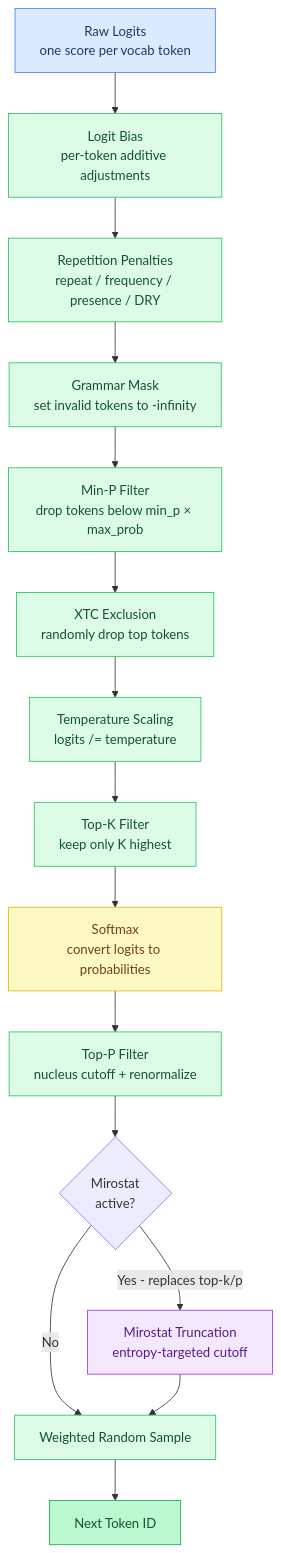
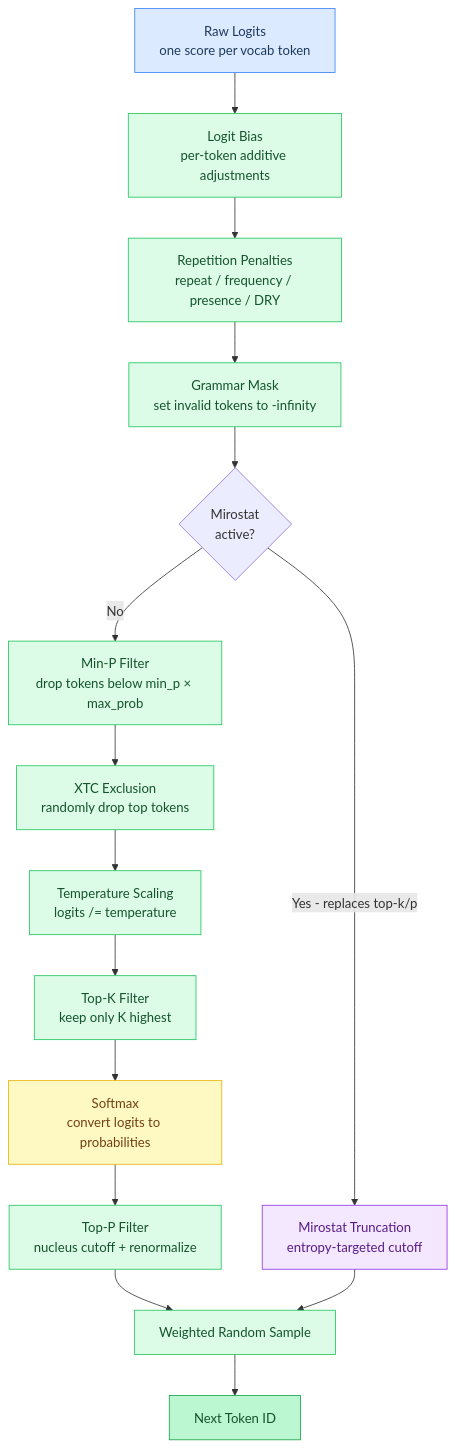
One commit to maci0/agave changed the seventh of 7 diagrams in docs/tutorial/07-sampling.md. Above: the diagram before and after it, drawn with Mermaid. The commit also changed other lines of this file and 28 other files, not shown here.

````diff
--- a/docs/tutorial/07-sampling.md
+++ b/docs/tutorial/07-sampling.md
@@ -398,38 +398,38 @@
 ```mermaid
 flowchart TD
     classDef setup     fill:#dbeafe,stroke:#3b82f6,color:#1e3a5f
     classDef sync      fill:#dcfce7,stroke:#22c55e,color:#14532d
     classDef migration fill:#fef9c3,stroke:#eab308,color:#713f12
     classDef success   fill:#bbf7d0,stroke:#16a34a,color:#14532d
     classDef danger    fill:#fee2e2,stroke:#ef4444,color:#7f1d1d
     classDef optional  fill:#f3e8ff,stroke:#9333ea,color:#581c87
 
     Logits["Raw Logits\none score per vocab token"]:::setup
     Bias["Logit Bias\nper-token additive adjustments"]:::sync
     Penalties["Repetition Penalties\nrepeat / frequency / presence / DRY"]:::sync
     Grammar["Grammar Mask\nset invalid tokens to -infinity"]:::sync
     Temp["Temperature Scaling\nlogits /= temperature"]:::sync
     XTC["XTC Exclusion\nrandomly drop top tokens"]:::sync
     MinP["Min-P Filter\ndrop tokens below min_p × max_prob"]:::sync
     TopK["Top-K Filter\nkeep only K highest"]:::sync
     Softmax["Softmax\nconvert logits to probabilities"]:::migration
     TopP["Top-P Filter\nnucleus cutoff + renormalize"]:::sync
     MiroTrunc["Mirostat Truncation\nentropy-targeted cutoff"]:::optional
     FinalSample["Weighted Random Sample"]:::sync
     NextToken["Next Token ID"]:::success
 
     Logits --> Bias
     Bias --> Penalties
     Penalties --> Grammar
-    Grammar --> MinP
+    Grammar --> Mirostat{"Mirostat\nactive?"}
+    Mirostat -->|Yes - replaces top-k/p| MiroTrunc
+    Mirostat -->|No| MinP
     MinP --> XTC
     XTC --> Temp
     Temp --> TopK
     TopK --> Softmax
     Softmax --> TopP
-    TopP --> Mirostat{"Mirostat\nactive?"}
-    Mirostat -->|Yes - replaces top-k/p| MiroTrunc
-    Mirostat -->|No| FinalSample
+    TopP --> FinalSample
     MiroTrunc --> FinalSample
     FinalSample --> NextToken
 ```
````
